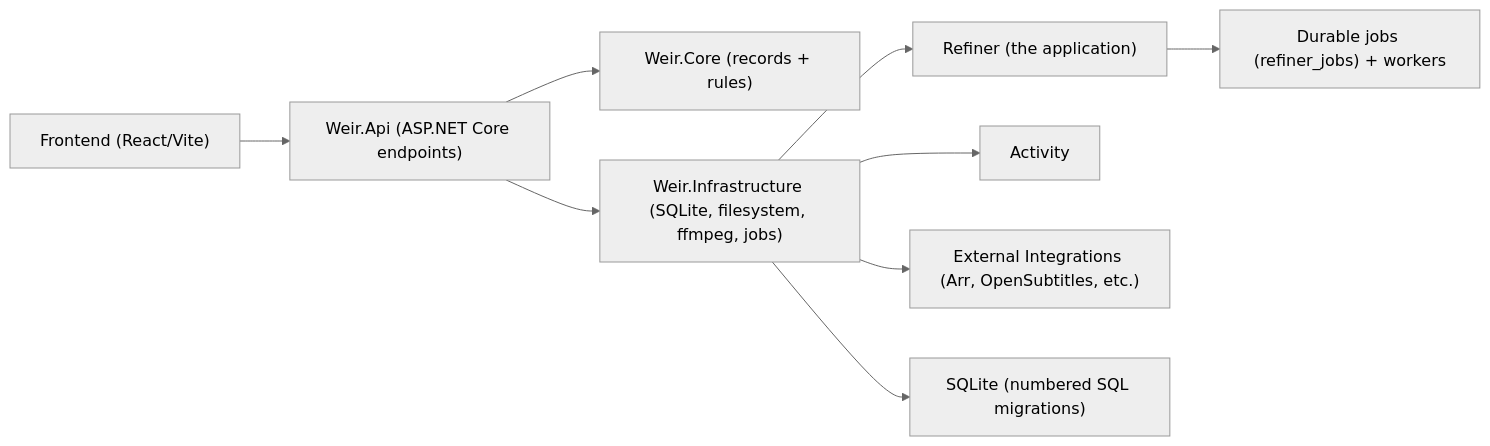
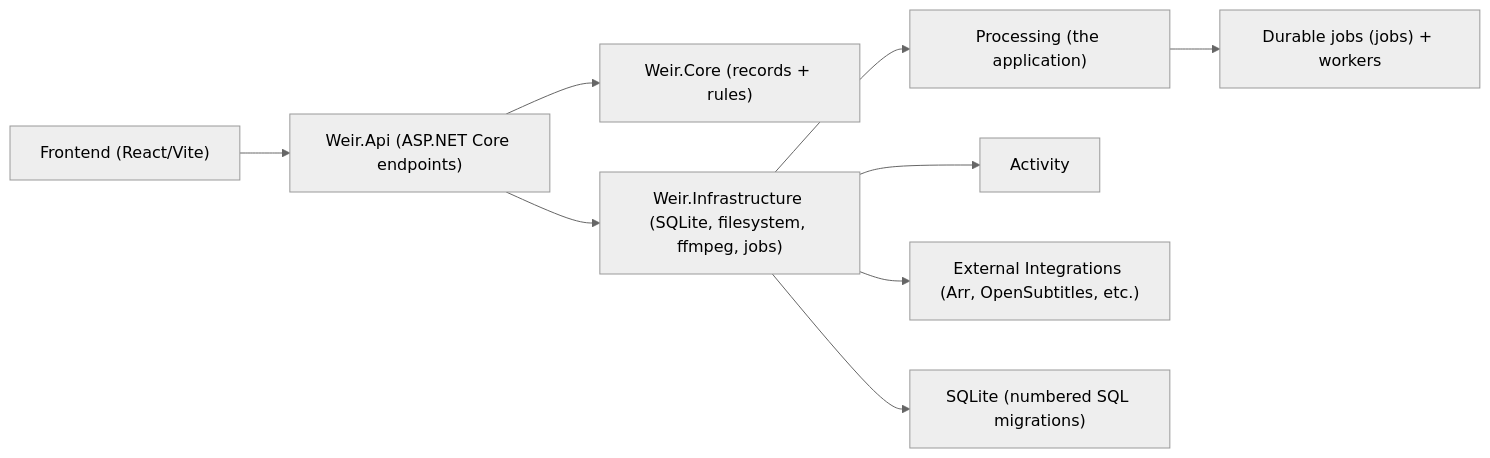
The first of 2 diagrams in docs-site/docs/architecture/overview.md (jampat000/MediaMop), drawn with Mermaid (neutral theme) before and after one commit. The commit also changed other lines of this file and 706 other files, not shown here.

````diff
--- a/docs-site/docs/architecture/overview.md
+++ b/docs-site/docs/architecture/overview.md
@@ -15,11 +15,11 @@
 ```mermaid
 flowchart LR
   UI["Frontend (React/Vite)"] --> API["Weir.Api (ASP.NET Core endpoints)"]
   API --> Core["Weir.Core (records + rules)"]
   API --> Infra["Weir.Infrastructure (SQLite, filesystem, ffmpeg, jobs)"]
-  Infra --> Refiner["Refiner (the application)"]
+  Infra --> Processing["Processing (the application)"]
   Infra --> Activity["Activity"]
   Infra --> Integrations["External Integrations (Arr, OpenSubtitles, etc.)"]
   Infra --> DB["SQLite (numbered SQL migrations)"]
-  Refiner --> Jobs["Durable jobs (refiner_jobs) + workers"]
+  Processing --> Jobs["Durable jobs (jobs) + workers"]
 ```
````
